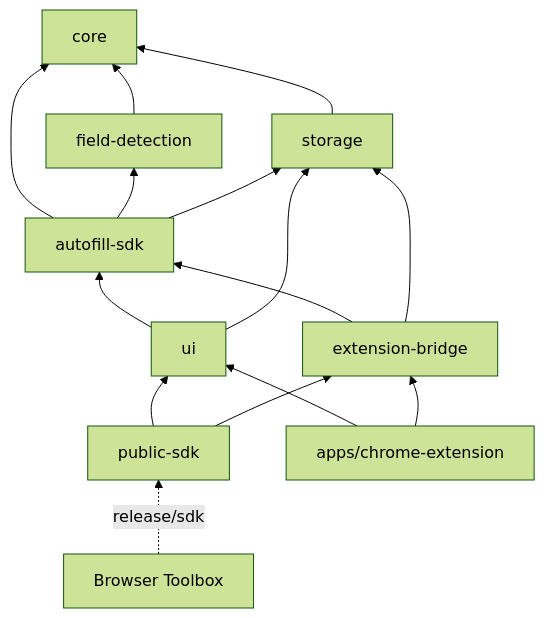
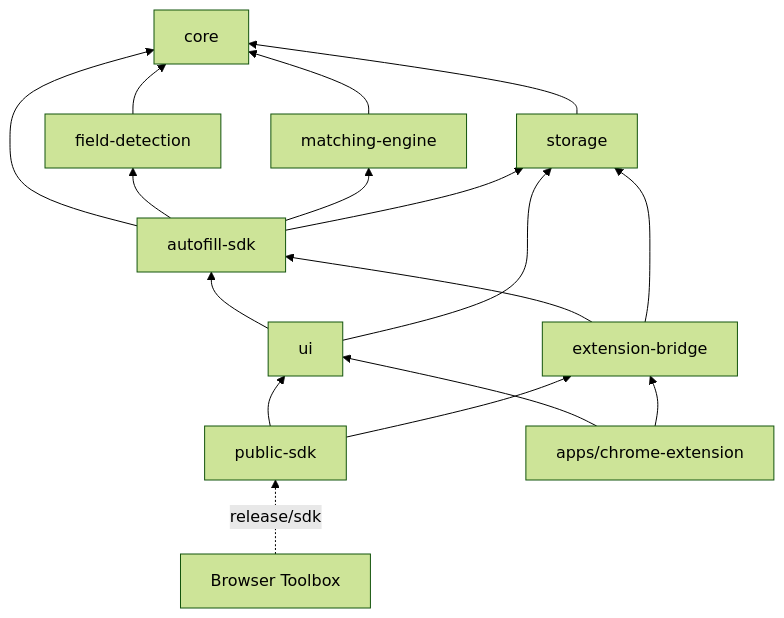
Before and after one commit to jayaprakash9603/auto-fill: the first of 2 diagrams in docs/ARCHITECTURE.md, drawn with Mermaid (forest theme). The commit also changed other lines of this file and 39 other files, not shown here.

First line of the commit message:
Phase 4: matching engine

````diff
--- a/docs/ARCHITECTURE.md
+++ b/docs/ARCHITECTURE.md
@@ -33,18 +34,20 @@
 ```mermaid
 flowchart BT
   core
   detection[field-detection] --> core
+  matching[matching-engine] --> core
   storage --> core
   autofillSdk[autofill-sdk] --> core
   autofillSdk --> detection
+  autofillSdk --> matching
   autofillSdk --> storage
   bridge[extension-bridge] --> autofillSdk
   bridge --> storage
   ui --> autofillSdk
   ui --> storage
   publicSdk[public-sdk] --> ui
   publicSdk --> bridge
   extension[apps/chrome-extension] --> ui
   extension --> bridge
   toolbox[Browser Toolbox] -. release/sdk .-> publicSdk
 ```
````
